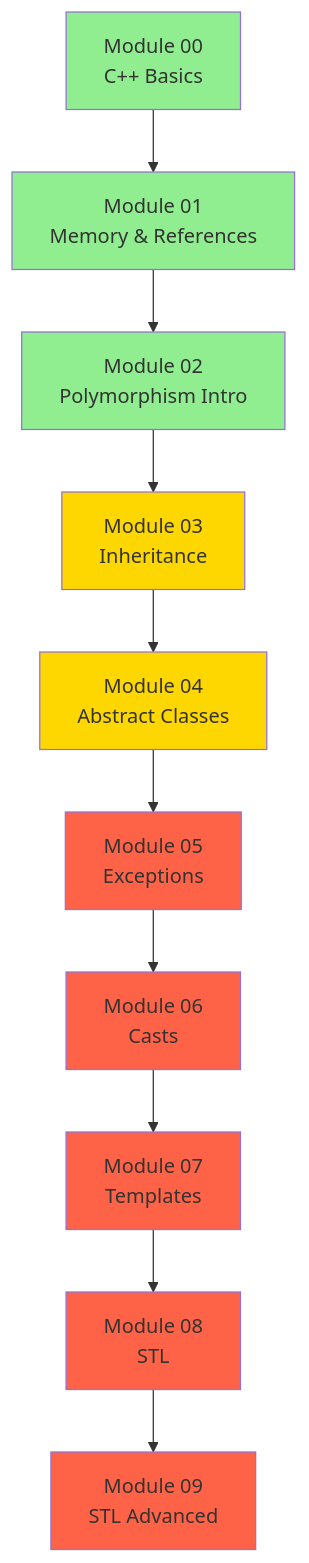
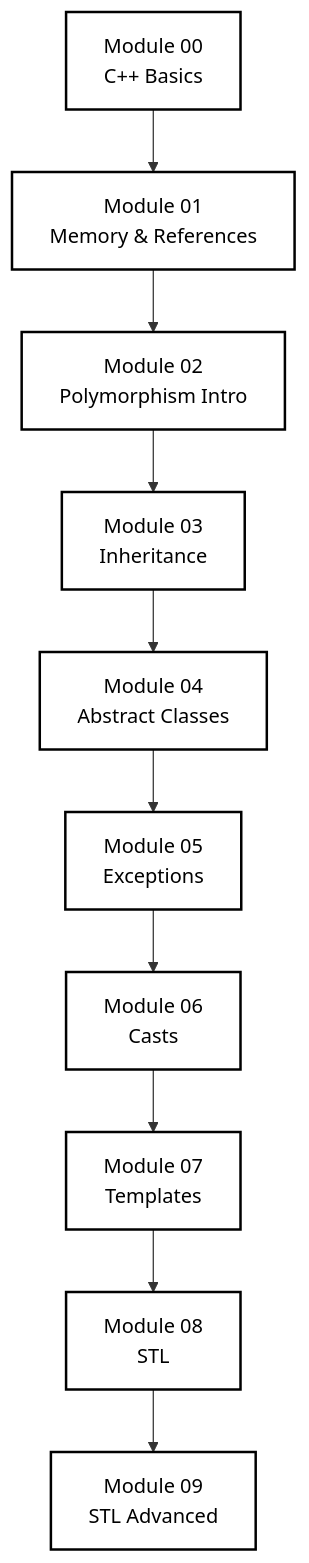
The first of 6 diagrams in README.md (elel-m-b/CPP-Modules), drawn with Mermaid before and after one commit.

Commit message:
Refactor module styles in README.md
Updated Mermaid diagram styles for modules.

````diff
--- a/README.md
+++ b/README.md
@@ -73,23 +73,16 @@
 ```mermaid
 graph TD
+   classDef default fill:#ffffff,stroke:#000000,stroke-width:2px,color:#000000
+    
     A[Module 00<br/>C++ Basics] --> B[Module 01<br/>Memory & References]
     B --> C[Module 02<br/>Polymorphism Intro]
     C --> D[Module 03<br/>Inheritance]
     D --> E[Module 04<br/>Abstract Classes]
     E --> F[Module 05<br/>Exceptions]
     F --> G[Module 06<br/>Casts]
     G --> H[Module 07<br/>Templates]
     H --> I[Module 08<br/>STL]
     I --> J[Module 09<br/>STL Advanced]
     
-    style A fill:#90EE90
-    style B fill:#90EE90
-    style C fill:#90EE90
-    style D fill:#FFD700
-    style E fill:#FFD700
-    style F fill:#FF6347
-    style G fill:#FF6347
-    style H fill:#FF6347
-    style I fill:#FF6347
-    style J fill:#FF6347
+    class A,B,C,D,E,F,G,H,I,J default
 ```
````
